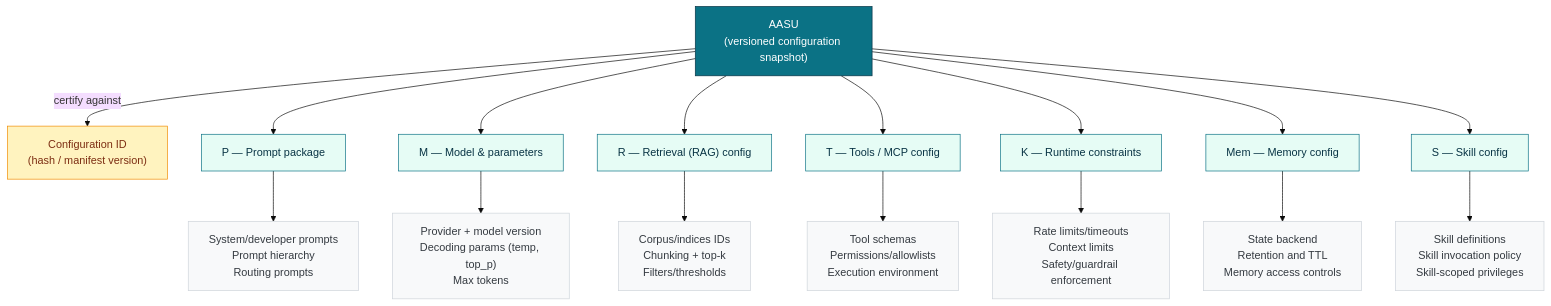
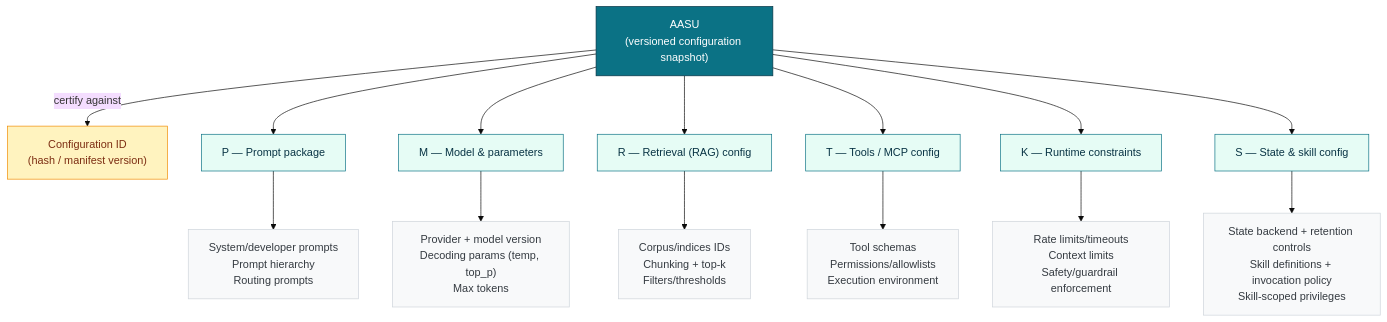
One commit to SAISec/AASU changed the first of 9 diagrams in AASU_White_Paper_Consolidated_v2_2.md. Above: the diagram before and after it, drawn with Mermaid (base theme). The commit also changed other lines of this file and 16 other files, not shown here.

````diff
--- a/AASU_White_Paper_Consolidated_v2_2.md
+++ b/AASU_White_Paper_Consolidated_v2_2.md
@@ -68,35 +67,32 @@
 ```mermaid
 flowchart TB
   A["AASU<br/>(versioned configuration snapshot)"]:::aasu
   ID["Configuration ID<br/>(hash / manifest version)"]:::id
 
   P["P — Prompt package"]:::comp
   M["M — Model & parameters"]:::comp
   R["R — Retrieval (RAG) config"]:::comp
   T["T — Tools / MCP config"]:::comp
   K["K — Runtime constraints"]:::comp
-  Mem["Mem — Memory config"]:::comp
-  S["S — Skill config"]:::comp
+  S["S — State & skill config"]:::comp
 
   A --> P
   A --> M
   A --> R
   A --> T
   A --> K
-  A --> Mem
   A --> S
   A -->|certify against| ID
 
   P --> Pdetail["System/developer prompts<br/>Prompt hierarchy<br/>Routing prompts"]:::detail
   M --> Mdetail["Provider + model version<br/>Decoding params (temp, top_p)<br/>Max tokens"]:::detail
   R --> Rdetail["Corpus/indices IDs<br/>Chunking + top-k<br/>Filters/thresholds"]:::detail
   T --> Tdetail["Tool schemas<br/>Permissions/allowlists<br/>Execution environment"]:::detail
   K --> Kdetail["Rate limits/timeouts<br/>Context limits<br/>Safety/guardrail enforcement"]:::detail
-  Mem --> Memdetail["State backend<br/>Retention and TTL<br/>Memory access controls"]:::detail
-  S --> Sdetail["Skill definitions<br/>Skill invocation policy<br/>Skill-scoped privileges"]:::detail
+  S --> Sdetail["State backend + retention controls<br/>Skill definitions + invocation policy<br/>Skill-scoped privileges"]:::detail
 
   classDef aasu fill:#0b7285,stroke:#083344,color:#ffffff;
   classDef id fill:#fff3bf,stroke:#f08c00,color:#7c2d12;
   classDef comp fill:#e6fcf5,stroke:#0b7285,color:#083344;
   classDef detail fill:#f8f9fa,stroke:#ced4da,color:#343a40;
 ```
````
